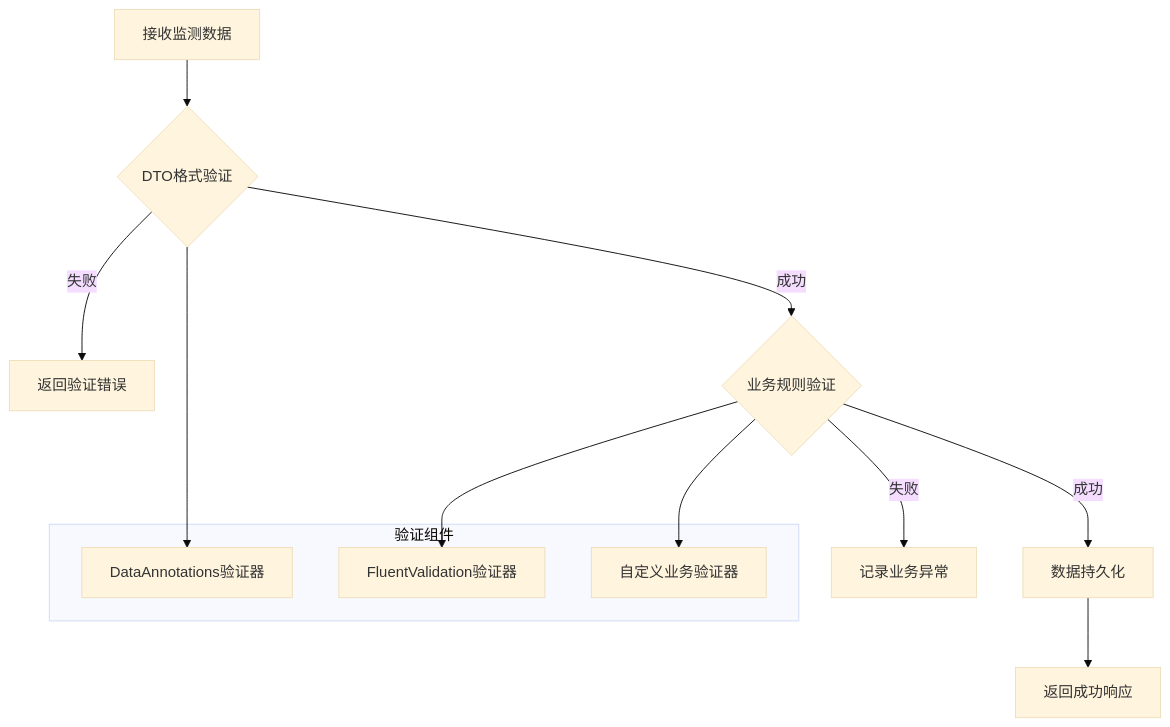
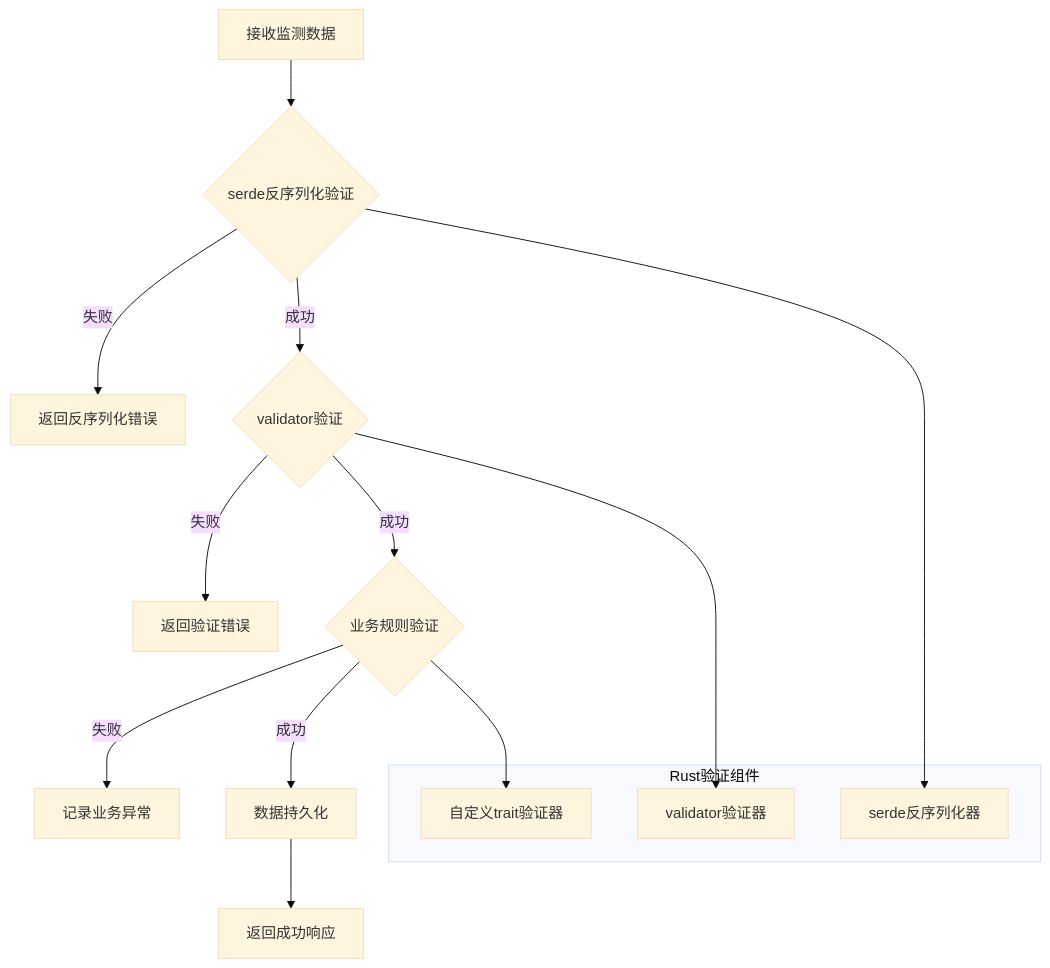
The ninth of 10 diagrams in docs_TecDesign/广告投放引擎/广告效果监测服务设计/广告效果监测服务数据结构设计.md (lornshrimp/Lorn.ADSP.Rust), drawn with Mermaid (base theme) before and after one commit. The commit also changed other lines of this file and 8 other files, not shown here.

````diff
--- a/docs_TecDesign/广告投放引擎/广告效果监测服务设计/广告效果监测服务数据结构设计.md
+++ b/docs_TecDesign/广告投放引擎/广告效果监测服务设计/广告效果监测服务数据结构设计.md
@@ -678,19 +3709,21 @@
 ```mermaid
 flowchart TD
-    A[接收监测数据] --> B{DTO格式验证}
-    B -->|失败| C[返回验证错误]
-    B -->|成功| D{业务规则验证}
-    D -->|失败| E[记录业务异常]
-    D -->|成功| F[数据持久化]
-    F --> G[返回成功响应]
+    A[接收监测数据] --> B{serde反序列化验证}
+    B -->|失败| C[返回反序列化错误]
+    B -->|成功| D{validator验证}
+    D -->|失败| E[返回验证错误]
+    D -->|成功| F{业务规则验证}
+    F -->|失败| G[记录业务异常]
+    F -->|成功| H[数据持久化]
+    H --> I[返回成功响应]
     
-    subgraph "验证组件"
-        H[DataAnnotations验证器]
-        I[FluentValidation验证器]
-        J[自定义业务验证器]
+    subgraph "Rust验证组件"
+        J[serde反序列化器]
+        K[validator验证器]
+        L[自定义trait验证器]
     end
     
-    B --> H
-    D --> I
-    D --> J
+    B --> J
+    D --> K
+    F --> L
 ```
````
